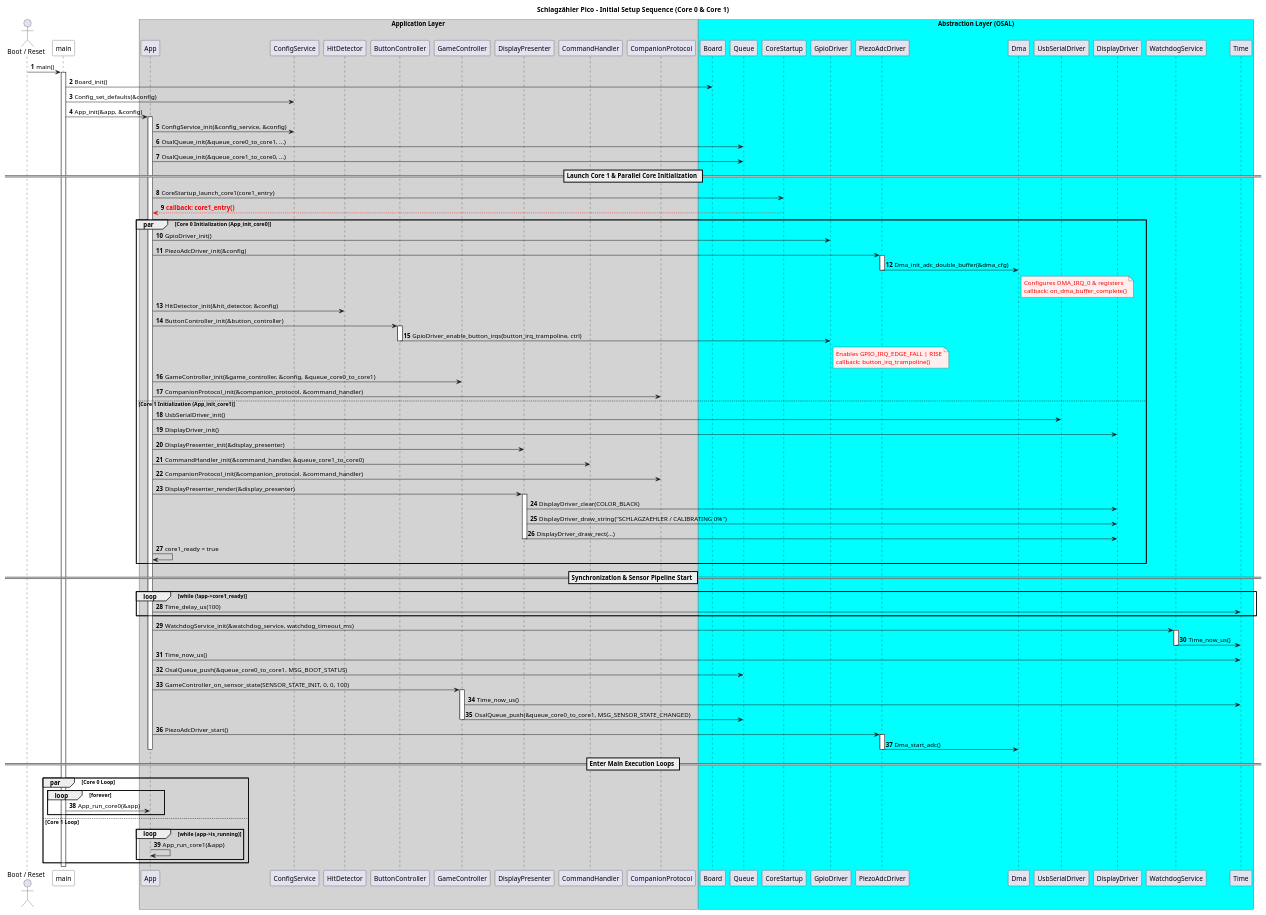
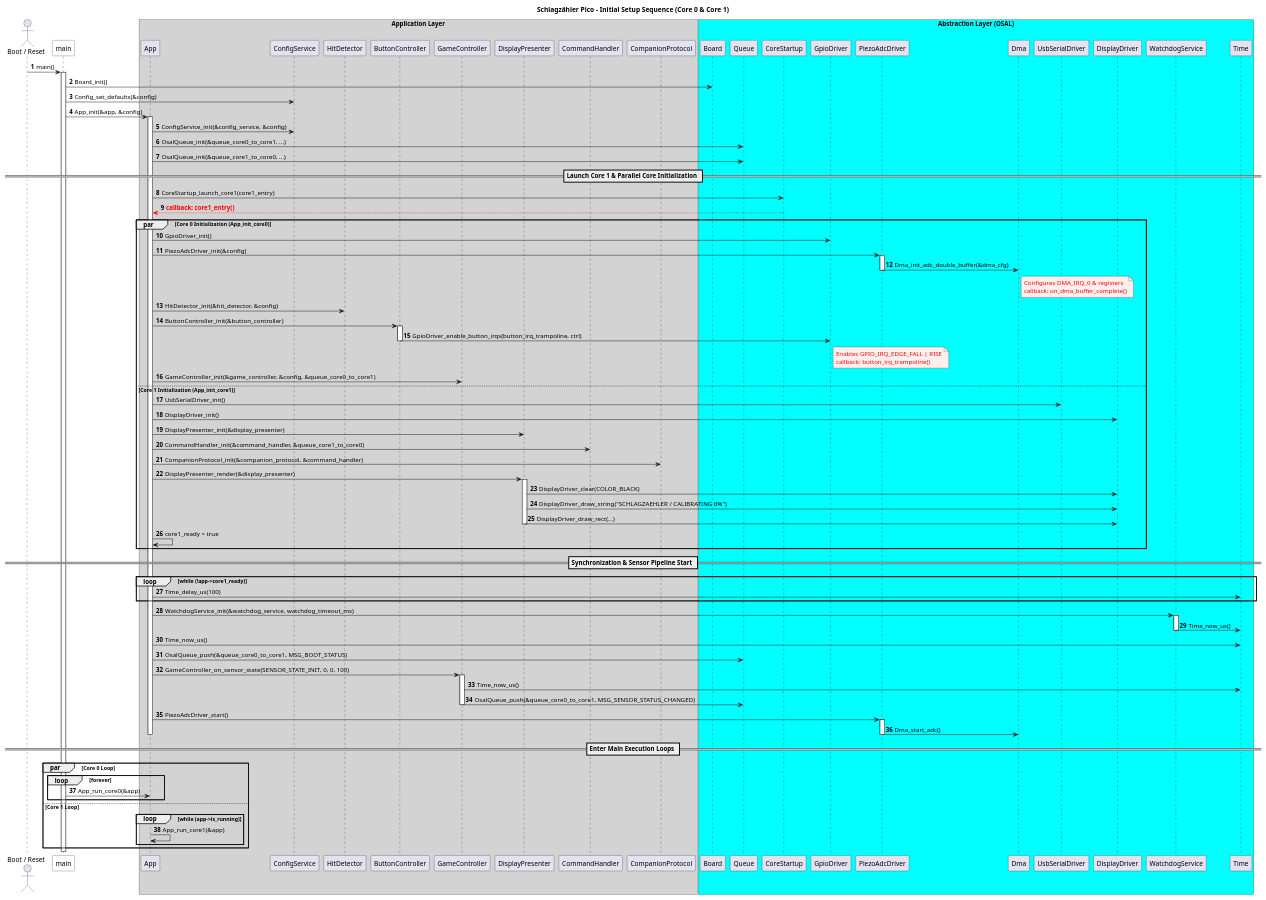
The diagram in docs/diagrams/sequence_pico_setup.puml (rafaelurben/raspberry-pi-pico-schlagzaehler), drawn with PlantUML before and after one commit. The commit also changed 40 other files, not shown here.

```diff
--- a/docs/diagrams/sequence_pico_setup.puml
+++ b/docs/diagrams/sequence_pico_setup.puml
@@ -1,133 +1,132 @@
 @startuml
 title Schlagzähler Pico – Initial Setup Sequence (Core 0 & Core 1)
 
 skinparam shadowing false
 skinparam responseMessageBelowArrow true
 skinparam sequenceMessageAlign left
 autonumber
 
 actor "Boot / Reset" as Boot
 participant "main" as Main #White
 
 box "Application Layer" #LightGray
     participant "App" as App
     participant "ConfigService" as ConfigService
     participant "HitDetector" as HitDetector
     participant "ButtonController" as ButtonController
     participant "GameController" as GameController
     participant "DisplayPresenter" as DisplayPresenter
     participant "CommandHandler" as CommandHandler
     participant "CompanionProtocol" as CompanionProtocol
 end box
 
 box "Abstraction Layer (OSAL)" #Cyan
     participant "Board" as Board
     participant "Queue" as Queue
     participant "CoreStartup" as CoreStartup
     participant "GpioDriver" as GpioDriver
     participant "PiezoAdcDriver" as PiezoAdcDriver
     participant "Dma" as Dma
     participant "UsbSerialDriver" as UsbSerialDriver
     participant "DisplayDriver" as DisplayDriver
     participant "WatchdogService" as WatchdogService
     participant "Time" as Time
 end box
 
 Boot -> Main : main()
 activate Main
 
 Main -> Board : Board_init()
 Main -> ConfigService : Config_set_defaults(&config)
 Main -> App : App_init(&app, &config)
 activate App
 
 App -> ConfigService : ConfigService_init(&config_service, &config)
 App -> Queue : OsalQueue_init(&queue_core0_to_core1, ...)
 App -> Queue : OsalQueue_init(&queue_core1_to_core0, ...)
 
 == Launch Core 1 & Parallel Core Initialization ==
 
 App -> CoreStartup : CoreStartup_launch_core1(core1_entry)
 CoreStartup --[#Red]> App : <color:Red><b>callback: core1_entry()</b></color>
 
 par Core 0 Initialization (App_init_core0)
     App -> GpioDriver : GpioDriver_init()
     App -> PiezoAdcDriver : PiezoAdcDriver_init(&config)
     activate PiezoAdcDriver
     PiezoAdcDriver -> Dma : Dma_init_adc_double_buffer(&dma_cfg)
     note right of Dma #FFEEEE
         <color:Red>Configures DMA_IRQ_0 & registers</color>
         <color:Red>callback: on_dma_buffer_complete()</color>
     end note
     deactivate PiezoAdcDriver
 
     App -> HitDetector : HitDetector_init(&hit_detector, &config)
     App -> ButtonController : ButtonController_init(&button_controller)
     activate ButtonController
     ButtonController -> GpioDriver : GpioDriver_enable_button_irqs(button_irq_trampoline, ctrl)
     note right of GpioDriver #FFEEEE
         <color:Red>Enables GPIO_IRQ_EDGE_FALL | RISE</color>
         <color:Red>callback: button_irq_trampoline()</color>
     end note
     deactivate ButtonController
 
     App -> GameController : GameController_init(&game_controller, &config, &queue_core0_to_core1)
-    App -> CompanionProtocol : CompanionProtocol_init(&companion_protocol, &command_handler)
 
 else Core 1 Initialization (App_init_core1)
     App -> UsbSerialDriver : UsbSerialDriver_init()
     App -> DisplayDriver : DisplayDriver_init()
     App -> DisplayPresenter : DisplayPresenter_init(&display_presenter)
     App -> CommandHandler : CommandHandler_init(&command_handler, &queue_core1_to_core0)
     App -> CompanionProtocol : CompanionProtocol_init(&companion_protocol, &command_handler)
 
     App -> DisplayPresenter : DisplayPresenter_render(&display_presenter)
     activate DisplayPresenter
     DisplayPresenter -> DisplayDriver : DisplayDriver_clear(COLOR_BLACK)
     DisplayPresenter -> DisplayDriver : DisplayDriver_draw_string("SCHLAGZAEHLER / CALIBRATING 0%")
     DisplayPresenter -> DisplayDriver : DisplayDriver_draw_rect(...)
     deactivate DisplayPresenter
 
     App -> App : core1_ready = true
 end
 
 == Synchronization & Sensor Pipeline Start ==
 
 loop while (!app->core1_ready)
     App -> Time : Time_delay_us(100)
 end
 
 App -> WatchdogService : WatchdogService_init(&watchdog_service, watchdog_timeout_ms)
 activate WatchdogService
 WatchdogService -> Time : Time_now_us()
 deactivate WatchdogService
 
 App -> Time : Time_now_us()
 App -> Queue : OsalQueue_push(&queue_core0_to_core1, MSG_BOOT_STATUS)
 
 App -> GameController : GameController_on_sensor_state(SENSOR_STATE_INIT, 0, 0, 100)
 activate GameController
 GameController -> Time : Time_now_us()
-GameController -> Queue : OsalQueue_push(&queue_core0_to_core1, MSG_SENSOR_STATE_CHANGED)
+GameController -> Queue : OsalQueue_push(&queue_core0_to_core1, MSG_SENSOR_STATUS_CHANGED)
 deactivate GameController
 
 App -> PiezoAdcDriver : PiezoAdcDriver_start()
 activate PiezoAdcDriver
 PiezoAdcDriver -> Dma : Dma_start_adc()
 deactivate PiezoAdcDriver
 
 deactivate App
 
 == Enter Main Execution Loops ==
 
 par Core 0 Loop
     loop forever
         Main -> App : App_run_core0(&app)
     end
 else Core 1 Loop
     loop while (app->is_running)
         App -> App : App_run_core1(&app)
     end
 end
 
 @enduml
```
